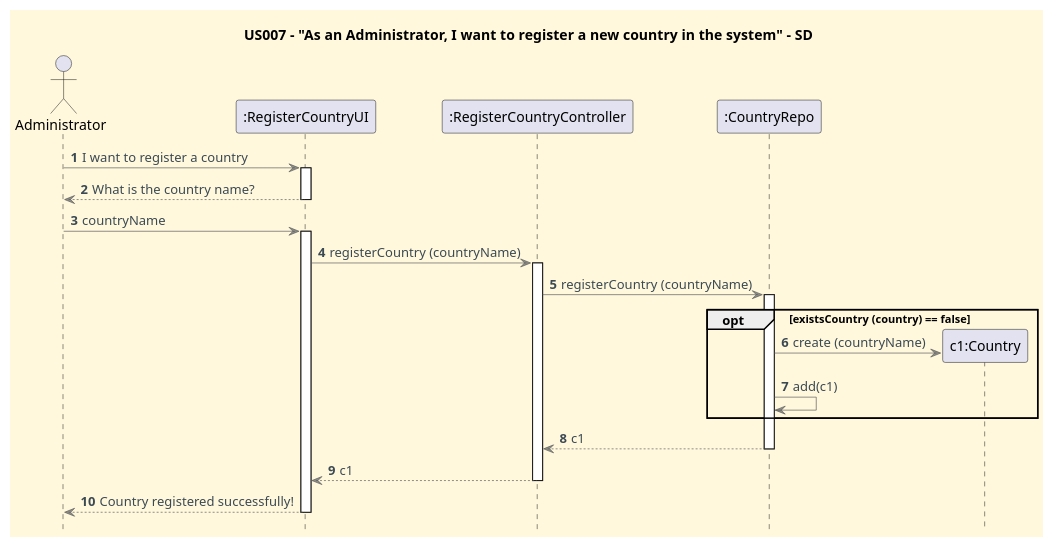
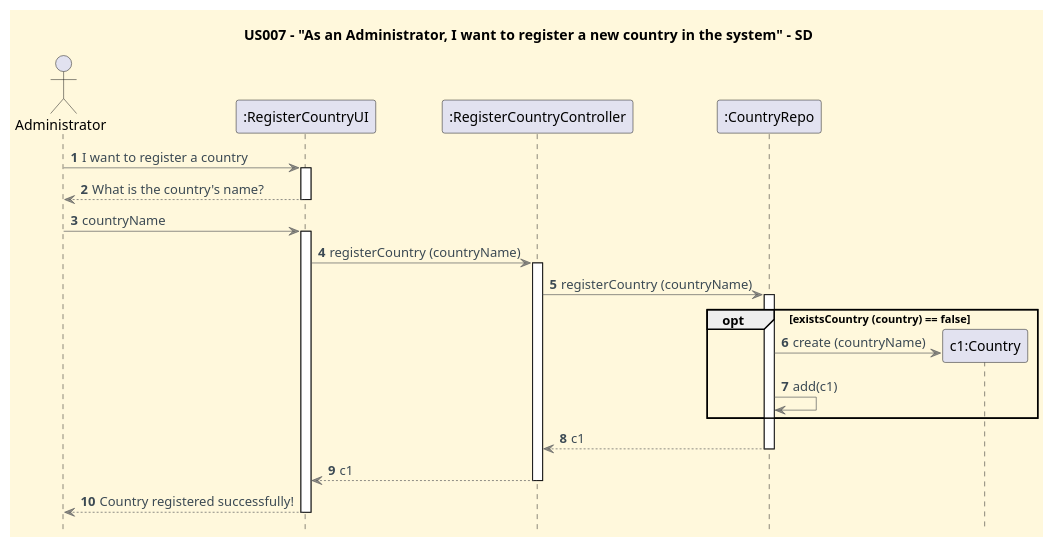
Before and after one commit to CarolinaLeite-collab/JavaMarketplacePlatform: the diagram in docs/userStories/US007/US007_register_a_country_SD.puml, drawn with PlantUML.

Commit message:
Refs #155: minor typo in SD for US007

```diff
--- a/docs/userStories/US007/US007_register_a_country_SD.puml
+++ b/docs/userStories/US007/US007_register_a_country_SD.puml
@@ -1,52 +1,52 @@
 @startuml
 '==== Title ====
 title US007 - "As an Administrator, I want to register a new country in the system" - SD
 
 '==== basic style ====
 skinparam monochrome false
 
 skinparam defaultFontName Futura
 skinparam objectFontSize 20
 skinparam backgroundColor CornSilk
 skinparam objectBackgroundColor WhiteSmoke
 skinparam noteBackgroundColor #FFFFE0
 skinparam ArrowFontColor #3B4953
 skinparam ArrowColor #57595BAA
 
 hidefootbox
 autonumber
 autoactivate off
 
 ' ==== Actor and participants ====
 actor Administrator as ADM
 participant ":RegisterCountryUI" as UI
 participant ":RegisterCountryController" as CTL
 participant ":CountryRepo" as CR
 
 '==== UI interaction ====
 ADM -> UI: I want to register a country
 activate UI
-UI --> ADM: What is the country name?
+UI --> ADM: What is the country's name?
 deactivate UI
 ADM -> UI: countryName
 activate UI
 
 '==== Use case execution ====
 UI -> CTL: registerCountry (countryName)
 activate CTL
 CTL -> CR: registerCountry (countryName)
 activate CR
 
     opt existsCountry (country) == false
         create "c1:Country"
         CR -> "c1:Country": create (countryName)
         CR -> CR: add(c1)
     end
 
 CR --> CTL: c1
 deactivate CR
 CTL --> UI: c1
 deactivate CTL
 UI --> ADM : Country registered successfully!
 deactivate UI
 @enduml
```
